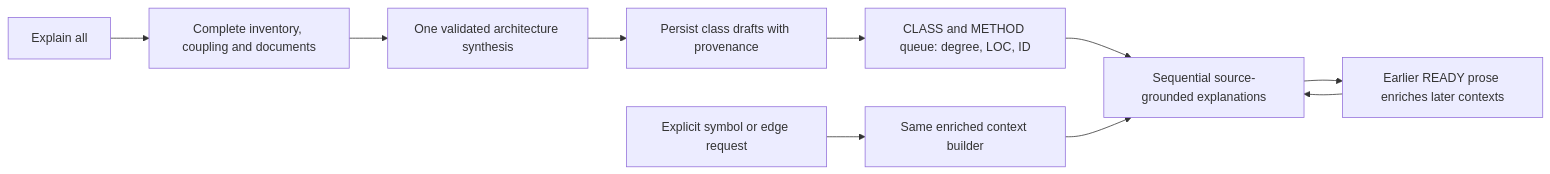
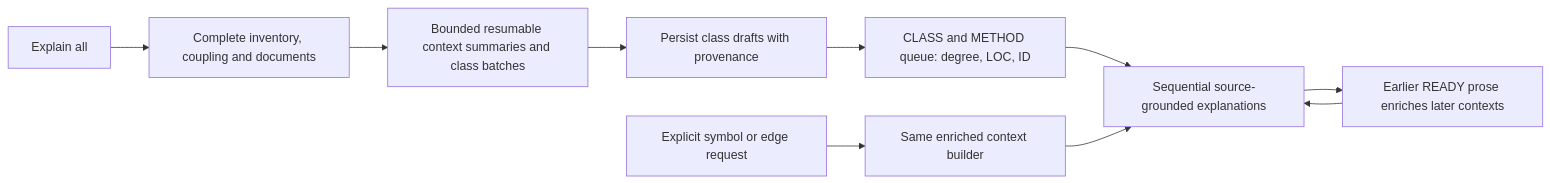
The second of 2 diagrams in docs/ARCHITECTURE.md (sajjadvalaei110/prompt-proof), drawn with Mermaid before and after one commit. The commit also changed other lines of this file and 25 other files, not shown here.

````diff
--- a/docs/ARCHITECTURE.md
+++ b/docs/ARCHITECTURE.md
@@ -121,12 +122,12 @@
 ```mermaid
 flowchart LR
     A[Explain all] --> B[Complete inventory, coupling and documents]
-    B --> C[One validated architecture synthesis]
+    B --> C[Bounded resumable context summaries and class batches]
     C --> D[Persist class drafts with provenance]
     D --> E[CLASS and METHOD queue: degree, LOC, ID]
     E --> F[Sequential source-grounded explanations]
     F --> G[Earlier READY prose enriches later contexts]
     G --> F
     H[Explicit symbol or edge request] --> I[Same enriched context builder]
     I --> F
 ```
````
